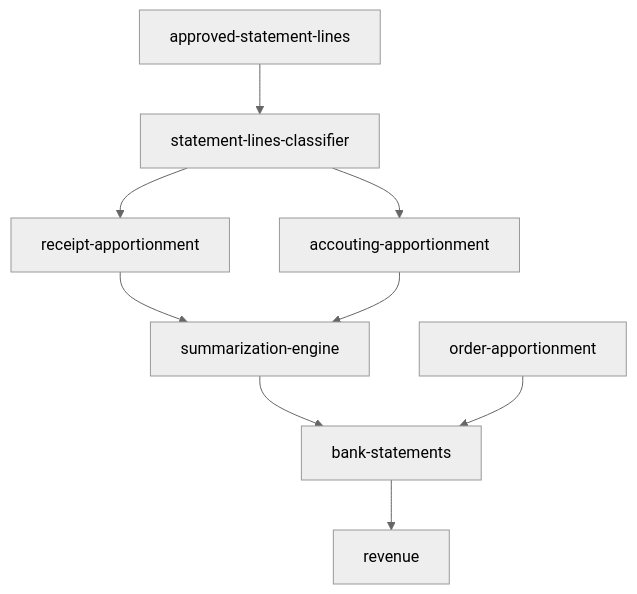
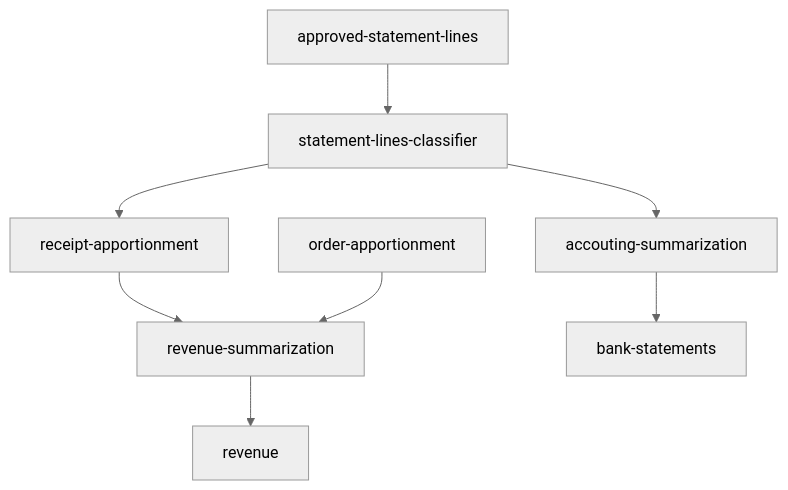
One commit to LeoFuso/observable-streams-demo changed the diagram in README.md. Above: the diagram before and after it, drawn with Mermaid (neutral theme). The commit also changed other lines of this file, not shown here.

Commit message:
main — Improvements on the business flow.

````diff
--- a/README.md
+++ b/README.md
@@ -9,12 +10,11 @@
 ```mermaid
         graph TB
         s1[approved-statement-lines] --> s2[statement-lines-classifier]
 		s2 --> s3[receipt-apportionment]
-		s2 --> s4[accouting-apportionment]
-		s3 --> s5[summarization-engine]
-		s4 --> s5
-		s5 --> s6[bank-statements]
-		s6 --> s7[revenue]
-		s8[order-apportionment] --> s6
+		s2 --> s4[accouting-summarization]
+		s3 --> s5[revenue-summarization]
+		s4 --> s6[bank-statements]
+		s5 --> s7[revenue]
+		s8[order-apportionment] --> s5
 		
 ```
````
